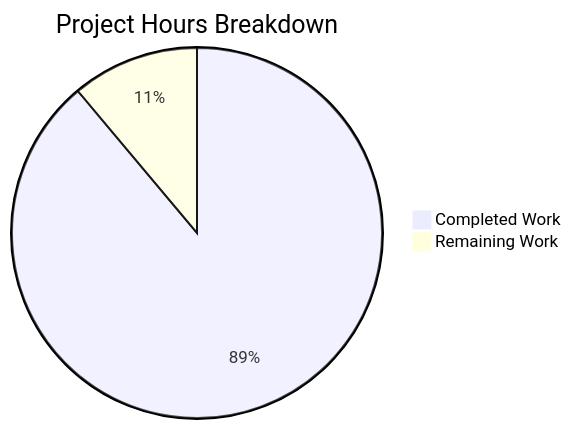
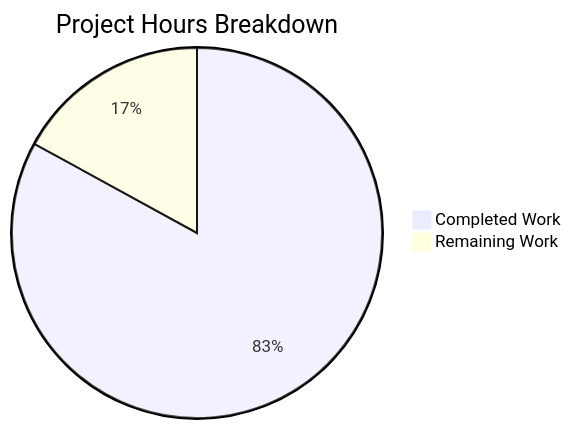
Before and after one commit to sudhanshu-spec/test-spec: the diagram in blitzy/documentation/Project Guide.md, drawn with Mermaid. The commit also changed other lines of this file, not shown here.

Commit message:
Adding Blitzy Project Guide: Project Status and Human Tasks Remaining

````diff
--- a/blitzy/documentation/Project Guide.md
+++ b/blitzy/documentation/Project Guide.md
@@ -107,5 +29,5 @@
 ```mermaid
 pie title Project Hours Breakdown
-    "Completed Work" : 40
-    "Remaining Work" : 5
+    "Completed Work" : 39
+    "Remaining Work" : 8
 ```
````
